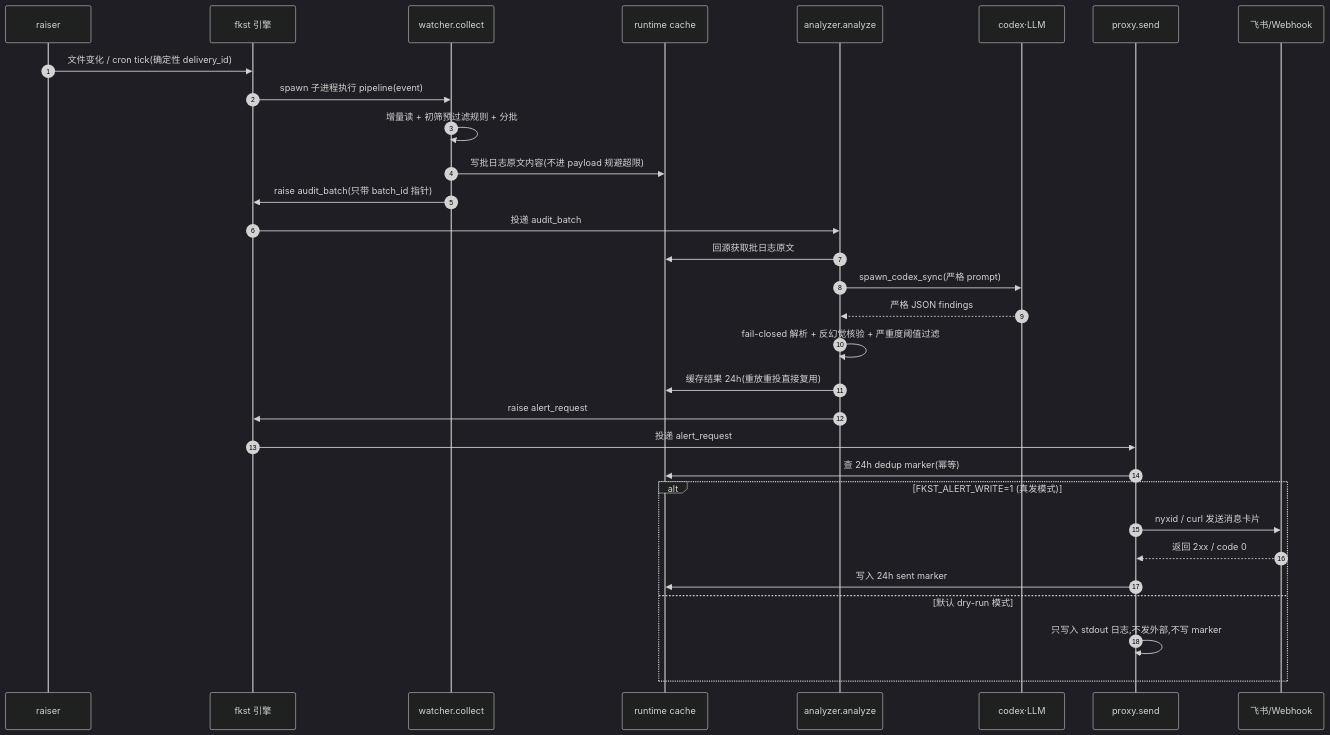
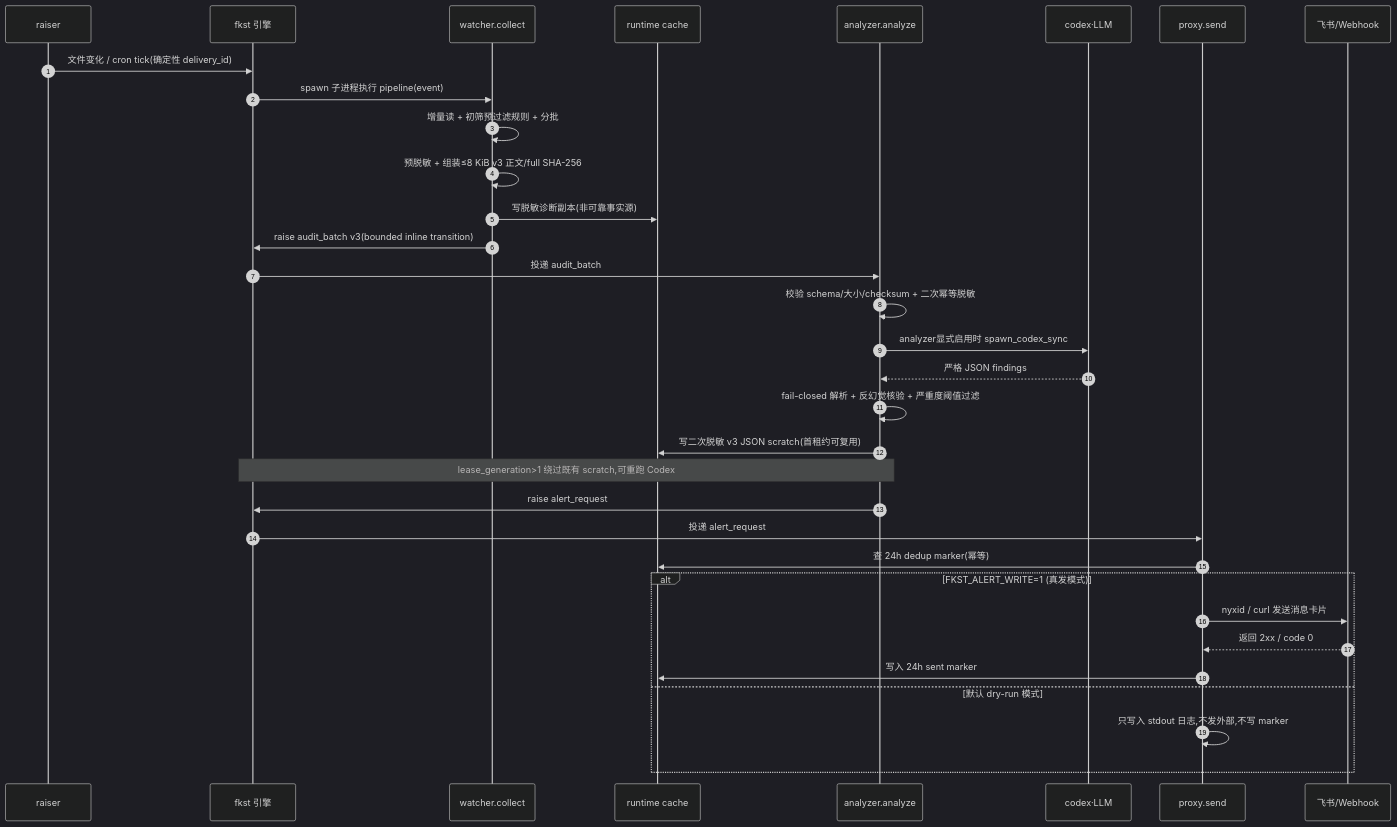
The fourth of 4 diagrams in README.md (eanz17/fkst-audit-log), drawn with Mermaid (dark theme) before and after one commit. The commit also changed other lines of this file and 64 other files, not shown here.

````diff
--- a/README.md
+++ b/README.md
@@ -533,33 +578,35 @@
 ```mermaid
 sequenceDiagram
   autonumber
   participant R as raiser
   participant E as fkst 引擎
   participant W as watcher.collect
   participant C as runtime cache
   participant N as analyzer.analyze
   participant X as codex·LLM
   participant P as proxy.send
   participant K as 飞书/Webhook
   R->>E: 文件变化 / cron tick(确定性 delivery_id)
   E->>W: spawn 子进程执行 pipeline(event)
   W->>W: 增量读 + 初筛预过滤规则 + 分批
-  W->>C: 写批日志原文内容(不进 payload 规避超限)
-  W->>E: raise audit_batch(只带 batch_id 指针)
+  W->>W: 预脱敏 + 组装≤8 KiB v3 正文/full SHA-256
+  W->>C: 写脱敏诊断副本(非可靠事实源)
+  W->>E: raise audit_batch v3(bounded inline transition)
   E->>N: 投递 audit_batch
-  N->>C: 回源获取批日志原文
-  N->>X: spawn_codex_sync(严格 prompt)
+  N->>N: 校验 schema/大小/checksum + 二次幂等脱敏
+  N->>X: analyzer显式启用时 spawn_codex_sync
   X-->>N: 严格 JSON findings
   N->>N: fail-closed 解析 + 反幻觉核验 + 严重度阈值过滤
-  N->>C: 缓存结果 24h(重放重投直接复用)
+  N->>C: 写二次脱敏 v3 JSON scratch(首租约可复用)
+  Note over E,N: lease_generation>1 绕过既有 scratch,可重跑 Codex
   N->>E: raise alert_request
   E->>P: 投递 alert_request
   P->>C: 查 24h dedup marker(幂等)
   alt FKST_ALERT_WRITE=1 (真发模式)
     P->>K: nyxid / curl 发送消息卡片
     K-->>P: 返回 2xx / code 0
     P->>C: 写入 24h sent marker
   else 默认 dry-run 模式
     P->>P: 只写入 stdout 日志,不发外部,不写 marker
   end
 ```
````
